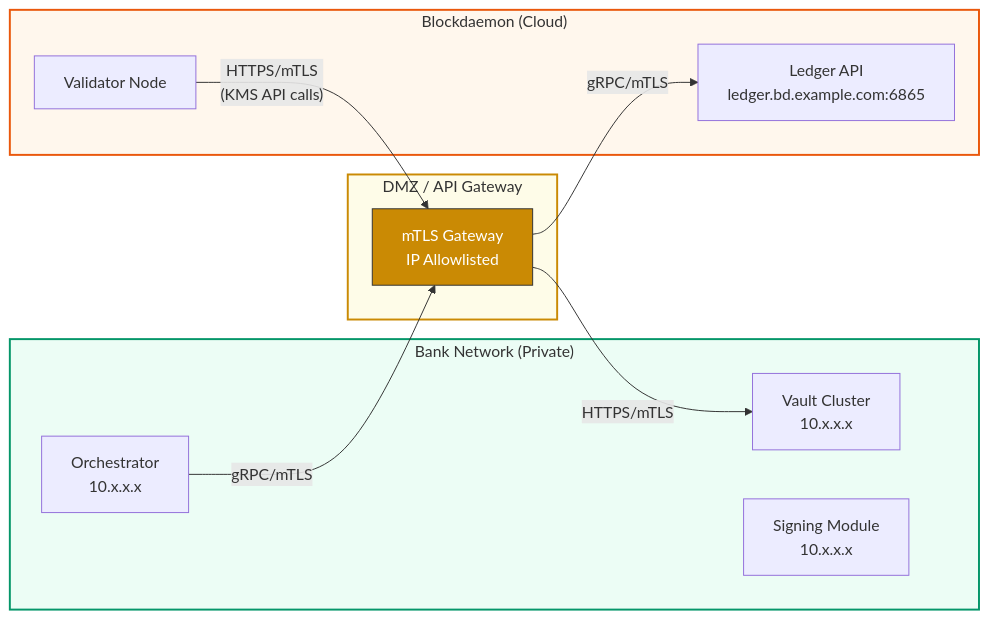
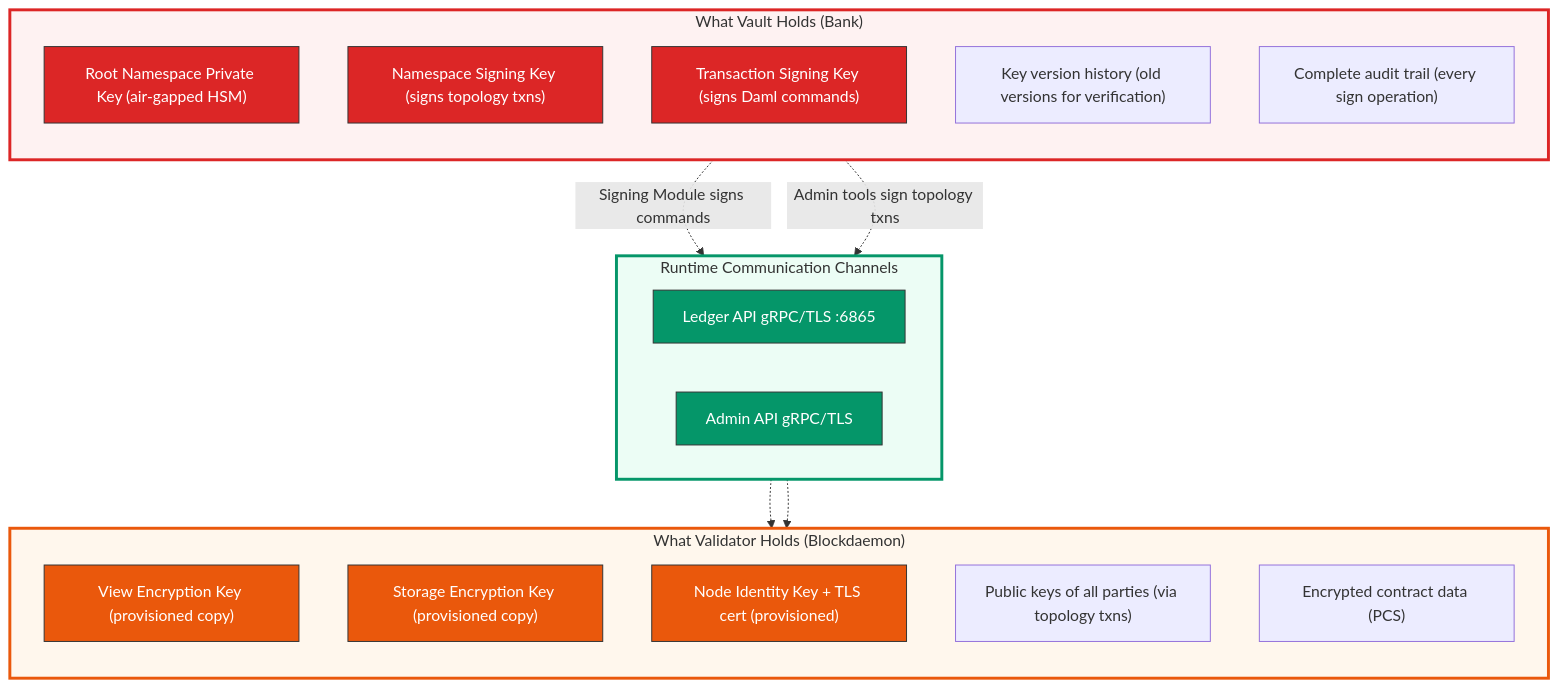
One commit to sickle5stone/canton changed the diagram in diagrams/22-network-connectivity.mmd. Above: the diagram before and after it, drawn with Mermaid. The commit also changed 5 other files, not shown here.

First line of the commit message:
Rewrite KMS architecture: one-time key provisioning with full segregation

```diff
--- a/diagrams/22-network-connectivity.mmd
+++ b/diagrams/22-network-connectivity.mmd
@@ -1,25 +1,41 @@
-graph LR
-    subgraph BANK_NET["Bank Network (Private)"]
-        VAULT_N["Vault Cluster<br/>10.x.x.x"]
-        SIGNER_N["Signing Module<br/>10.x.x.x"]
-        ORCH_N["Orchestrator<br/>10.x.x.x"]
+graph TB
+    subgraph VAULT_HOLDS["What Vault Holds (Bank)"]
+        direction TB
+        V1["Root Namespace Private Key (air-gapped HSM)"]
+        V2["Namespace Signing Key (signs topology txns)"]
+        V3["Transaction Signing Key (signs Daml commands)"]
+        V4["Key version history (old versions for verification)"]
+        V5["Complete audit trail (every sign operation)"]
     end
 
-    subgraph DMZ["DMZ / API Gateway"]
-        GW["mTLS Gateway<br/>IP Allowlisted"]
+    subgraph BD_HOLDS["What Validator Holds (Blockdaemon)"]
+        direction TB
+        B1["View Encryption Key (provisioned copy)"]
+        B2["Storage Encryption Key (provisioned copy)"]
+        B3["Node Identity Key + TLS cert (provisioned)"]
+        B4["Public keys of all parties (via topology txns)"]
+        B5["Encrypted contract data (PCS)"]
     end
 
-    subgraph BD_NET["Blockdaemon (Cloud)"]
-        LAPI_N["Ledger API<br/>ledger.bd.example.com:6865"]
-        VAL_N["Validator Node"]
+    subgraph COMMS["Runtime Communication Channels"]
+        direction LR
+        LAPI["Ledger API gRPC/TLS :6865"]
+        AAPI["Admin API gRPC/TLS"]
     end
 
-    ORCH_N -->|"gRPC/mTLS"| GW
-    GW -->|"gRPC/mTLS"| LAPI_N
-    VAL_N -->|"HTTPS/mTLS<br/>(KMS API calls)"| GW
-    GW -->|"HTTPS/mTLS"| VAULT_N
+    V3 -.->|"Signing Module signs commands"| LAPI
+    V2 -.->|"Admin tools sign topology txns"| AAPI
+    LAPI -.-> B1
+    AAPI -.-> B4
 
-    style BANK_NET fill:#ecfdf5,stroke:#059669,stroke-width:2px
-    style BD_NET fill:#fff7ed,stroke:#ea580c,stroke-width:2px
-    style DMZ fill:#fefce8,stroke:#ca8a04,stroke-width:2px
-    style GW fill:#ca8a04,stroke:#333,color:#fff
+    style VAULT_HOLDS fill:#fef2f2,stroke:#dc2626,stroke-width:3px
+    style BD_HOLDS fill:#fff7ed,stroke:#ea580c,stroke-width:3px
+    style COMMS fill:#ecfdf5,stroke:#059669,stroke-width:3px
+    style V1 fill:#dc2626,stroke:#333,color:#fff
+    style V2 fill:#dc2626,stroke:#333,color:#fff
+    style V3 fill:#dc2626,stroke:#333,color:#fff
+    style B1 fill:#ea580c,stroke:#333,color:#fff
+    style B2 fill:#ea580c,stroke:#333,color:#fff
+    style B3 fill:#ea580c,stroke:#333,color:#fff
+    style LAPI fill:#059669,stroke:#333,color:#fff
+    style AAPI fill:#059669,stroke:#333,color:#fff
```
